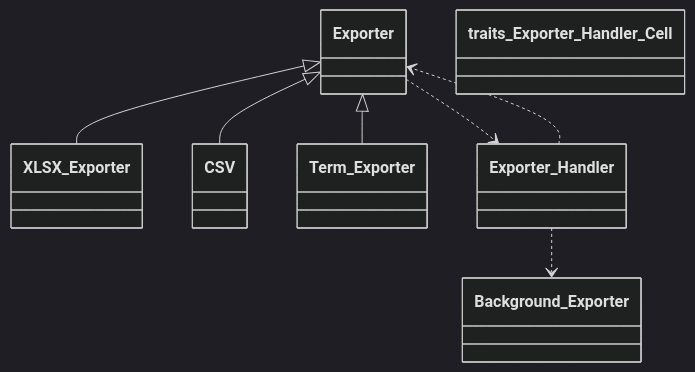
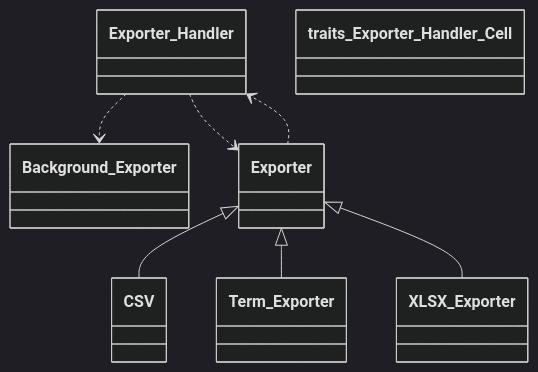
The fifth of 13 diagrams in docs/phpdoc/Home.md (tainacan/tainacan), drawn with Mermaid (dark theme) before and after one commit. The commit also changed other lines of this file and 94 other files, not shown here.

````diff
--- a/docs/phpdoc/Home.md
+++ b/docs/phpdoc/Home.md
@@ -429,17 +429,17 @@
 ```mermaid
 classDiagram
     direction TB
+    class CSV { }
+    class Term_Exporter { }
+    class Exporter_Handler { }
+    class Background_Exporter { }
     class XLSX_Exporter { }
-    class CSV { }
     class Exporter { }
-    class Term_Exporter { }
-    class Background_Exporter { }
-    class Exporter_Handler { }
     class traits_Exporter_Handler_Cell { }
     Exporter ..> Exporter_Handler
     Exporter <|-- CSV
     Exporter <|-- Term_Exporter
     Exporter <|-- XLSX_Exporter
     Exporter_Handler ..> Background_Exporter
     Exporter_Handler ..> Exporter
 ```
````
